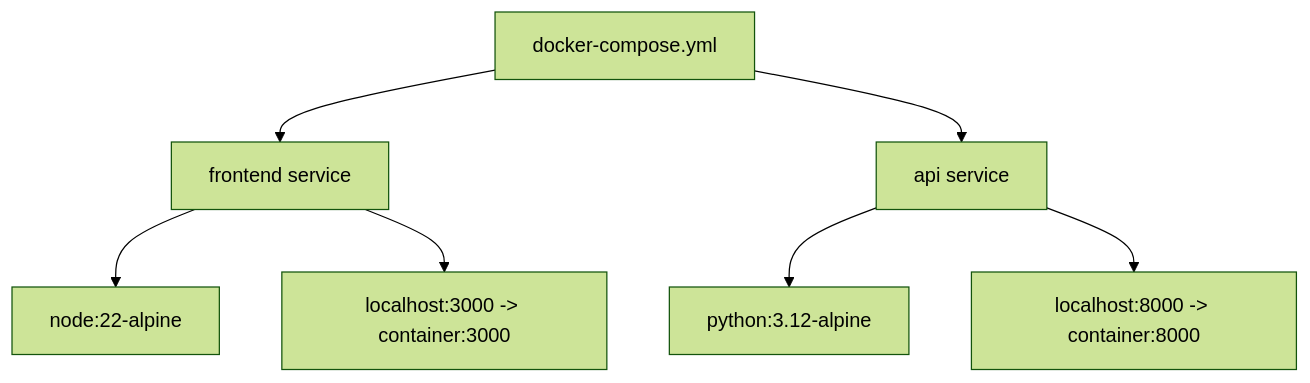
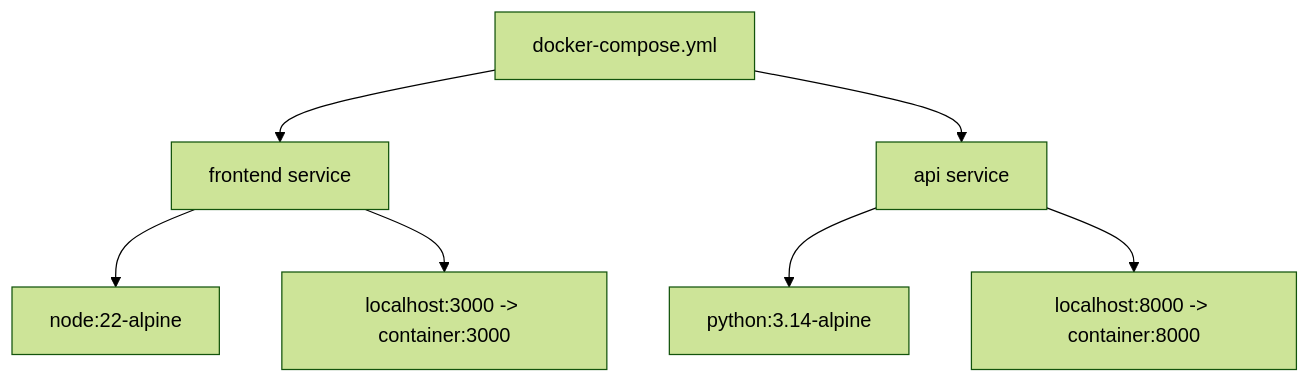
Before and after one commit to kwdch013/crafting_dq10: the second of 2 diagrams in docs/design/01-architecture.md, drawn with Mermaid (forest theme). The commit also changed other lines of this file and 187 other files, not shown here.

````diff
--- a/docs/design/01-architecture.md
+++ b/docs/design/01-architecture.md
@@ -152,9 +153,9 @@
 ```mermaid
 flowchart TB
   Compose[docker-compose.yml] --> Front[frontend service]
   Compose --> Api[api service]
   Front --> Node[node:22-alpine]
-  Api --> Python[python:3.12-alpine]
+  Api --> Python[python:3.14-alpine]
   Front --> PortFront[localhost:3000 -> container:3000]
   Api --> PortApi[localhost:8000 -> container:8000]
 ```
````
